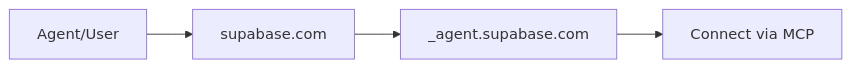
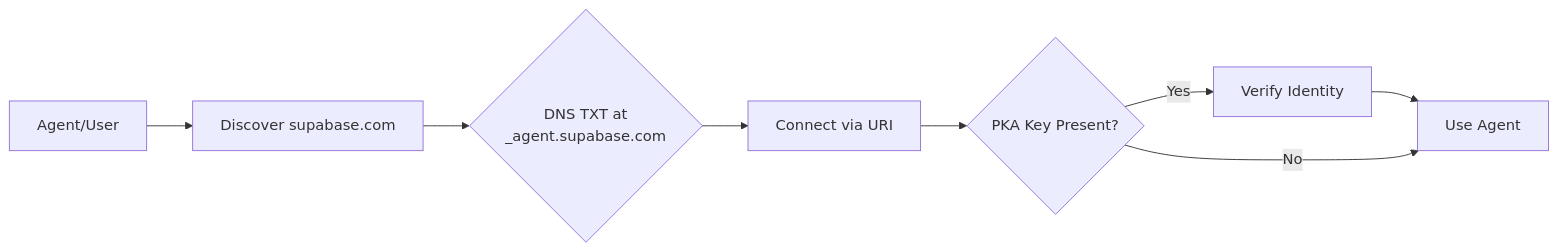
The diagram in content/docs/aid/index.md (agentcommunity/docs), drawn with Mermaid before and after one commit. The commit also changed other lines of this file and 33 other files, not shown here.

Commit message:
aid v1.1 - agent identity & discovery and that docs major update

````diff
--- a/content/docs/aid/index.md
+++ b/content/docs/aid/index.md
@@ -49,4 +50,9 @@
 ```mermaid
 flowchart LR
-    A[Agent/User] --> B[supabase.com] --> C[_agent.supabase.com] --> D[Connect via MCP]
+    A[Agent/User] --> B[Discover supabase.com]
+    B --> C{DNS TXT at<br>_agent.supabase.com}
+    C --> D[Connect via URI]
+    D --> E{PKA Key Present?}
+    E -->|Yes| F[Verify Identity] --> G[Use Agent]
+    E -->|No| G
 ```
````
